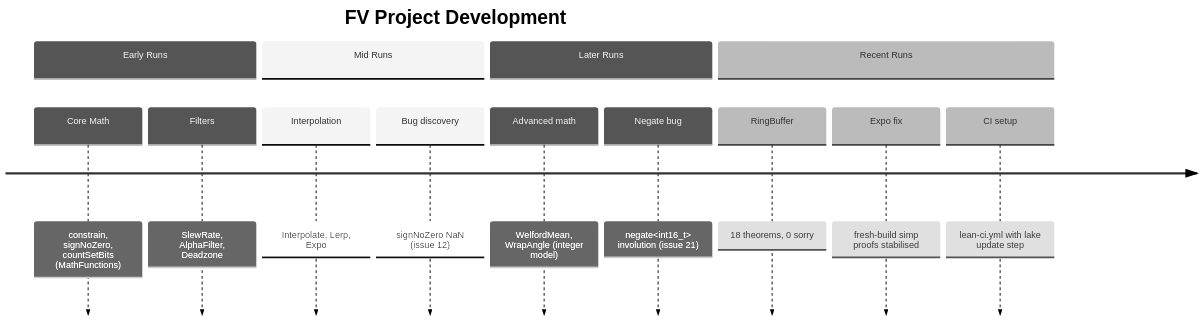
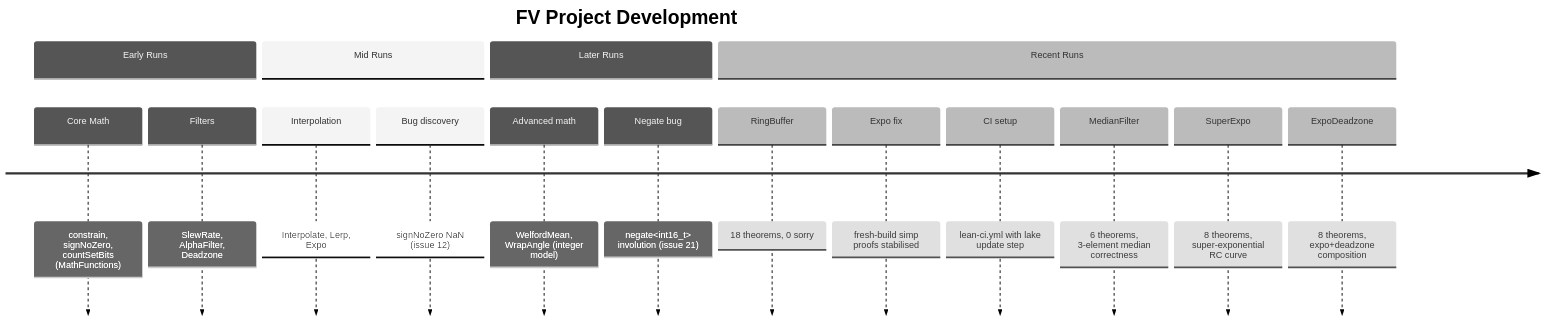
Before and after one commit to dsyme/PX4-Autopilot: diagram 12 of 12 in formal-verification/REPORT.md, drawn with Mermaid (neutral theme). The commit also changed other lines of this file and 3 other files, not shown here.

First line of the commit message:
feat(fv): add ExpoDeadzone Lean spec + update REPORT.md (run34)

````diff
--- a/formal-verification/REPORT.md
+++ b/formal-verification/REPORT.md
@@ -295,17 +313,20 @@
 ```mermaid
 timeline
     title FV Project Development
     section Early Runs
         Core Math : constrain, signNoZero, countSetBits (MathFunctions)
         Filters   : SlewRate, AlphaFilter, Deadzone
     section Mid Runs
         Interpolation : Interpolate, Lerp, Expo
         Bug discovery : signNoZero NaN (issue 12)
     section Later Runs
         Advanced math  : WelfordMean, WrapAngle (integer model)
         Negate bug     : negate<int16_t> involution (issue 21)
     section Recent Runs
         RingBuffer : 18 theorems, 0 sorry
         Expo fix   : fresh-build simp proofs stabilised
         CI setup   : lean-ci.yml with lake update step
+        MedianFilter : 6 theorems, 3-element median correctness
+        SuperExpo  : 8 theorems, super-exponential RC curve
+        ExpoDeadzone : 8 theorems, expo+deadzone composition
 ```
````
